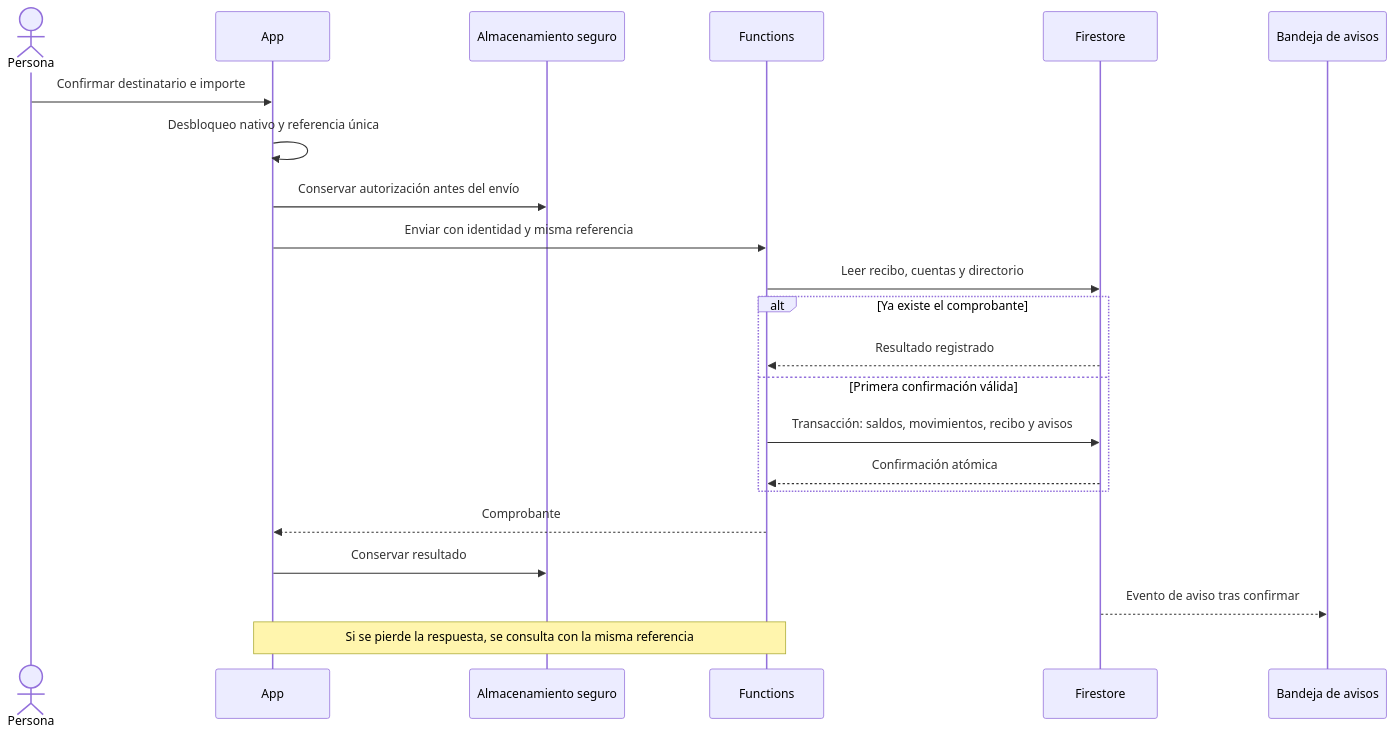
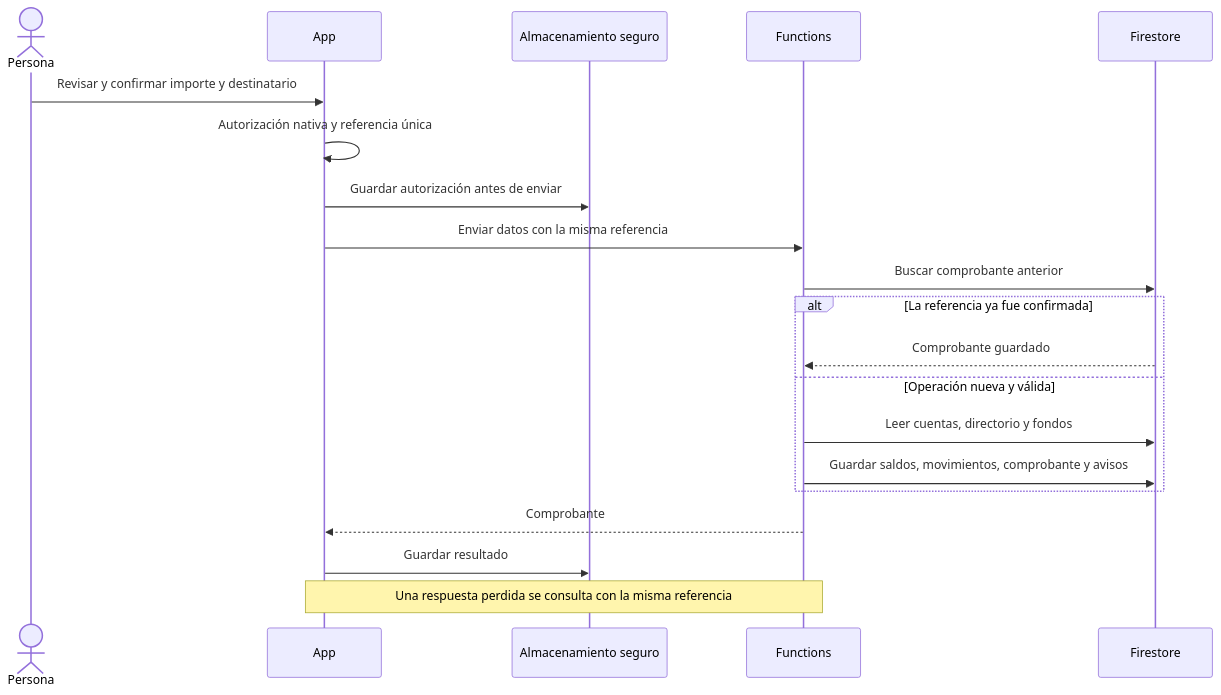
One commit to CodeArtNexus/financebro-flutter changed the second of 3 diagrams in documentacion/arquitectura.md. Above: the diagram before and after it, drawn with Mermaid. The commit also changed other lines of this file and 10 other files, not shown here.

````diff
--- a/documentacion/arquitectura.md
+++ b/documentacion/arquitectura.md
@@ -56,24 +47,22 @@
 ```mermaid
 sequenceDiagram
   actor Persona
   participant App
   participant Cola as Almacenamiento seguro
   participant Banco as Functions
   participant Datos as Firestore
-  participant Push as Bandeja de avisos
-  Persona->>App: Confirmar destinatario e importe
-  App->>App: Desbloqueo nativo y referencia única
-  App->>Cola: Conservar autorización antes del envío
-  App->>Banco: Enviar con identidad y misma referencia
-  Banco->>Datos: Leer recibo, cuentas y directorio
-  alt Ya existe el comprobante
-    Datos-->>Banco: Resultado registrado
-  else Primera confirmación válida
-    Banco->>Datos: Transacción: saldos, movimientos, recibo y avisos
-    Datos-->>Banco: Confirmación atómica
+  Persona->>App: Revisar y confirmar importe y destinatario
+  App->>App: Autorización nativa y referencia única
+  App->>Cola: Guardar autorización antes de enviar
+  App->>Banco: Enviar datos con la misma referencia
+  Banco->>Datos: Buscar comprobante anterior
+  alt La referencia ya fue confirmada
+    Datos-->>Banco: Comprobante guardado
+  else Operación nueva y válida
+    Banco->>Datos: Leer cuentas, directorio y fondos
+    Banco->>Datos: Guardar saldos, movimientos, comprobante y avisos
   end
   Banco-->>App: Comprobante
-  App->>Cola: Conservar resultado
-  Datos-->>Push: Evento de aviso tras confirmar
-  Note over App,Banco: Si se pierde la respuesta, se consulta con la misma referencia
+  App->>Cola: Guardar resultado
+  Note over App,Banco: Una respuesta perdida se consulta con la misma referencia
 ```
````
